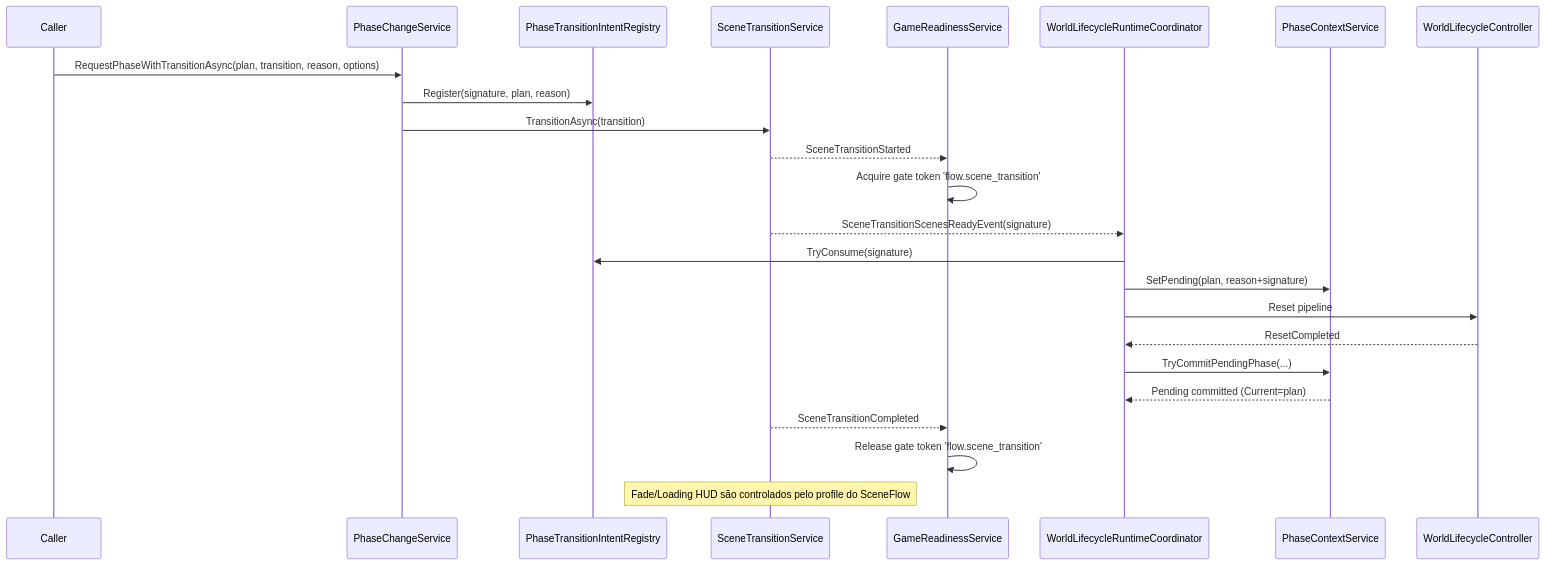
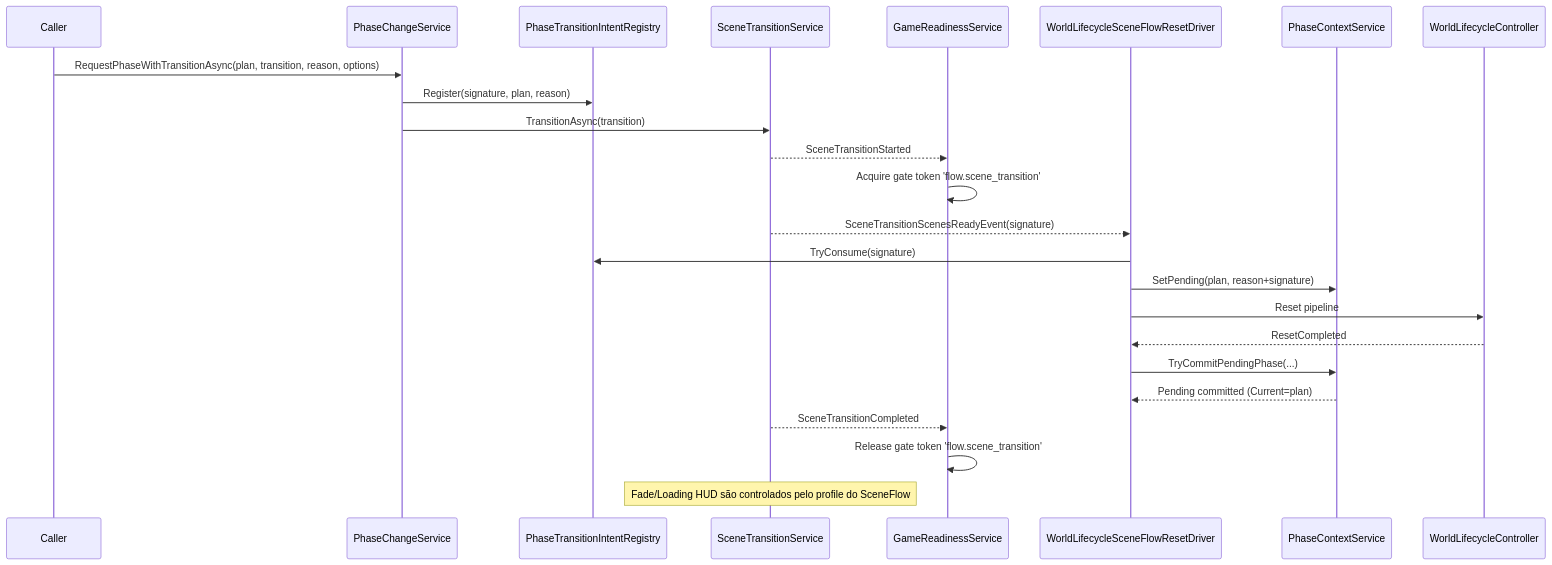
One commit to ImmersiveGames/GameJam2025 changed the second of 2 diagrams in Assets/_ImmersiveGames/NewScripts/Docs/ADRs/ADR-0017-Tipos-de-troca-fase.md. Above: the diagram before and after it, drawn with Mermaid. The commit also changed other lines of this file and 56 other files, not shown here.

Commit message:
ClearWorldReset

````diff
--- a/Assets/_ImmersiveGames/NewScripts/Docs/ADRs/ADR-0017-Tipos-de-troca-fase.md
+++ b/Assets/_ImmersiveGames/NewScripts/Docs/ADRs/ADR-0017-Tipos-de-troca-fase.md
@@ -122,28 +122,28 @@
 ```mermaid
 sequenceDiagram
     participant Caller as Caller
     participant PhaseChange as PhaseChangeService
     participant Intent as PhaseTransitionIntentRegistry
     participant SceneFlow as SceneTransitionService
     participant Readiness as GameReadinessService
-    participant WL as WorldLifecycleRuntimeCoordinator
+    participant WL as WorldLifecycleSceneFlowResetDriver
     participant PhaseCtx as PhaseContextService
     participant WLC as WorldLifecycleController
 
     Caller->>PhaseChange: RequestPhaseWithTransitionAsync(plan, transition, reason, options)
     PhaseChange->>Intent: Register(signature, plan, reason)
     PhaseChange->>SceneFlow: TransitionAsync(transition)
     SceneFlow-->>Readiness: SceneTransitionStarted
     Readiness->>Readiness: Acquire gate token 'flow.scene_transition'
     SceneFlow-->>WL: SceneTransitionScenesReadyEvent(signature)
     WL->>Intent: TryConsume(signature)
     WL->>PhaseCtx: SetPending(plan, reason+signature)
     WL->>WLC: Reset pipeline
     WLC-->>WL: ResetCompleted
     WL->>PhaseCtx: TryCommitPendingPhase(...)
     PhaseCtx-->>WL: Pending committed (Current=plan)
     SceneFlow-->>Readiness: SceneTransitionCompleted
     Readiness->>Readiness: Release gate token 'flow.scene_transition'
 
     Note over SceneFlow: Fade/Loading HUD são controlados pelo profile do SceneFlow
 ```
````
